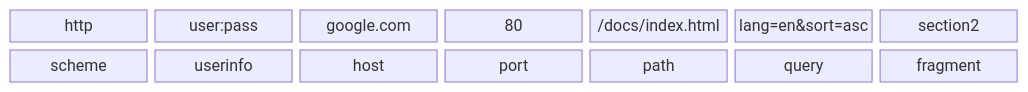
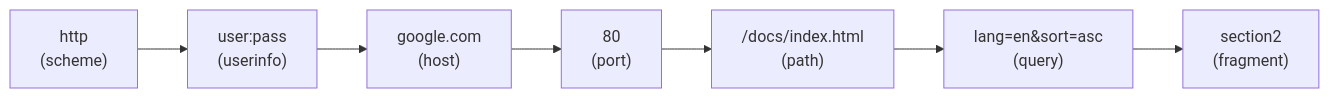
Before and after one commit to FahimMashroor/Chalmers_CSC: the second of 41 diagrams in EDA387-Computer-Networks/02-DNS.md, drawn with Mermaid. The commit also changed other lines of this file, not shown here.

Commit message:
Rewrite 02 DNS in simple language with examples and diagrams

````diff
--- a/EDA387-Computer-Networks/02-DNS.md
+++ b/EDA387-Computer-Networks/02-DNS.md
@@ -112,6 +142,5 @@
 ```mermaid
-block-beta
-  columns 7
-  a["http"] b["user:pass"] c["google.com"] d["80"] e["/docs/index.html"] f["lang=en&sort=asc"] g["section2"]
-  a1["scheme"] b1["userinfo"] c1["host"] d1["port"] e1["path"] f1["query"] g1["fragment"]
+flowchart LR
+    A["http<br/>(scheme)"] --> B["user:pass<br/>(userinfo)"] --> C["google.com<br/>(host)"] --> D["80<br/>(port)"]
+    D --> E["/docs/index.html<br/>(path)"] --> F["lang=en&sort=asc<br/>(query)"] --> G["section2<br/>(fragment)"]
 ```
````
